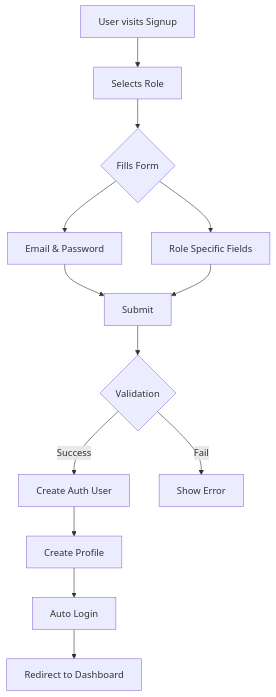
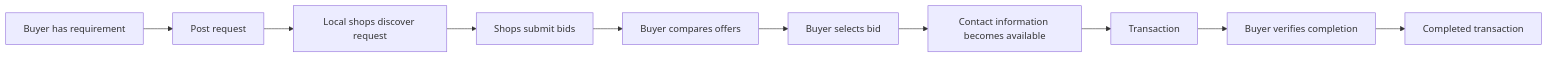
One commit to prateEKsaha07/marketflip changed the first of 17 diagrams in README.md. Above: the diagram before and after it, drawn with Mermaid. The commit also changed other lines of this file and 1 other file, not shown here.

````diff
--- a/README.md
+++ b/README.md
@@ -84,15 +179,12 @@
-```mermaid
-flowchart TD
-    A[User visits Signup] --> B[Selects Role]
-    B --> C{Fills Form}
-    C --> D[Email & Password]
-    C --> E[Role Specific Fields]
-    D --> F[Submit]
-    E --> F
-    F --> G{Validation}
-    G -->|Success| H[Create Auth User]
-    G -->|Fail| I[Show Error]
-    H --> J[Create Profile]
-    J --> K[Auto Login]
-    K --> L[Redirect to Dashboard]
+``` mermaid
+flowchart LR
+    A[Buyer has requirement] --> B[Post request]
+    B --> C[Local shops discover request]
+    C --> D[Shops submit bids]
+    D --> E[Buyer compares offers]
+    E --> F[Buyer selects bid]
+    F --> G[Contact information becomes available]
+    G --> H[Transaction]
+    H --> I[Buyer verifies completion]
+    I --> J[Completed transaction]
 ```
````
